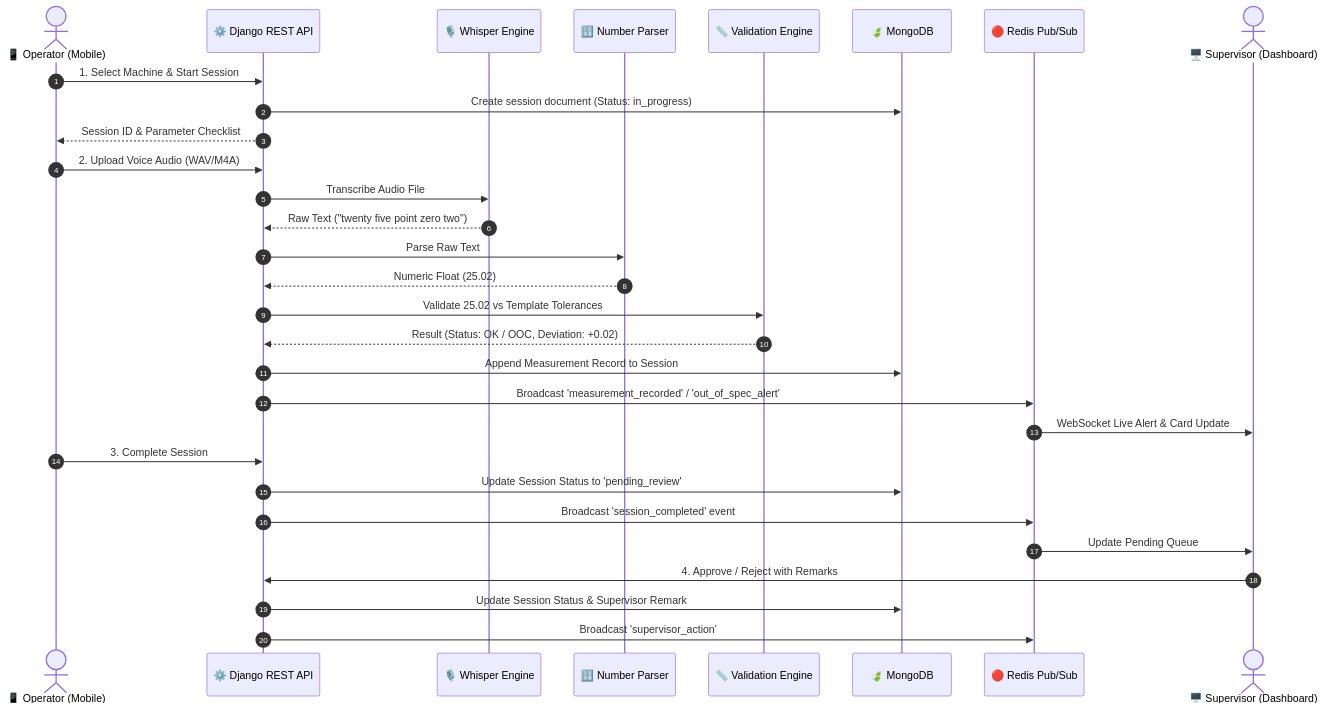
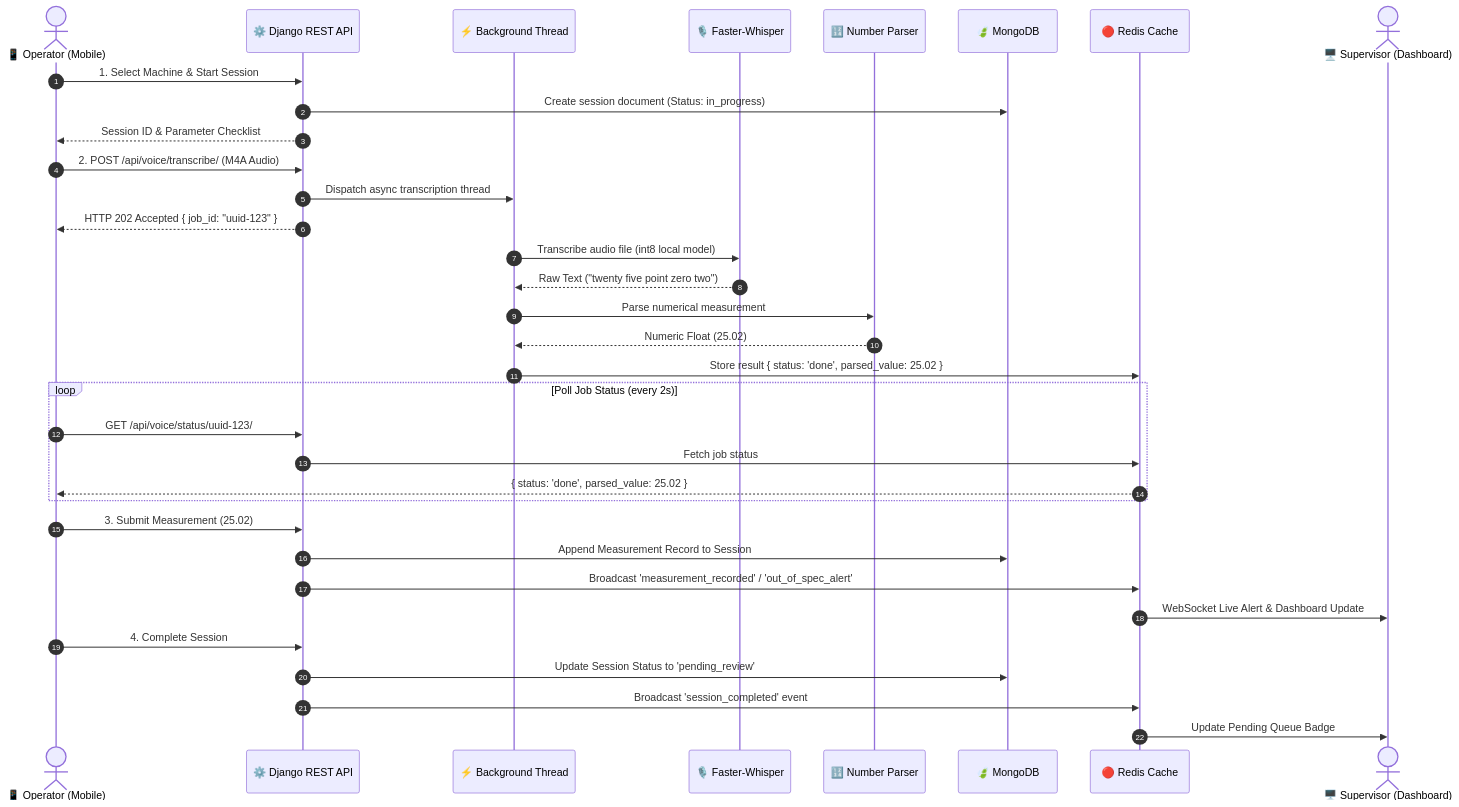
Before and after one commit to Samrudhi1004/Ledger-Entry-Automation: the second of 3 diagrams in README.md, drawn with Mermaid. The commit also changed other lines of this file and 3 other files, not shown here.

````diff
--- a/README.md
+++ b/README.md
@@ -57,38 +82,42 @@
 ```mermaid
 sequenceDiagram
     autonumber
     actor Operator as 📱 Operator (Mobile)
     participant API as ⚙️ Django REST API
-    participant Whisper as 🎙️ Whisper Engine
+    participant Worker as ⚡ Background Thread
+    participant Whisper as 🎙️ Faster-Whisper
     participant Parser as 🔢 Number Parser
-    participant Val as 📏 Validation Engine
     participant Mongo as 🍃 MongoDB
-    participant Redis as 🔴 Redis Pub/Sub
+    participant Redis as 🔴 Redis Cache
     actor Supervisor as 🖥️ Supervisor (Dashboard)
 
     Operator->>API: 1. Select Machine & Start Session
     API->>Mongo: Create session document (Status: in_progress)
     API-->>Operator: Session ID & Parameter Checklist
 
-    Operator->>API: 2. Upload Voice Audio (WAV/M4A)
-    API->>Whisper: Transcribe Audio File
-    Whisper-->>API: Raw Text ("twenty five point zero two")
-    API->>Parser: Parse Raw Text
-    Parser-->>API: Numeric Float (25.02)
+    Operator->>API: 2. POST /api/voice/transcribe/ (M4A Audio)
+    API->>Worker: Dispatch async transcription thread
+    API-->>Operator: HTTP 202 Accepted { job_id: "uuid-123" }
     
-    API->>Val: Validate 25.02 vs Template Tolerances
-    Val-->>API: Result (Status: OK / OOC, Deviation: +0.02)
-    
+    Worker->>Whisper: Transcribe audio file (int8 local model)
+    Whisper-->>Worker: Raw Text ("twenty five point zero two")
+    Worker->>Parser: Parse numerical measurement
+    Parser-->>Worker: Numeric Float (25.02)
+    Worker->>Redis: Store result { status: 'done', parsed_value: 25.02 }
+
+    loop Poll Job Status (every 2s)
+        Operator->>API: GET /api/voice/status/uuid-123/
+        API->>Redis: Fetch job status
+        Redis-->>Operator: { status: 'done', parsed_value: 25.02 }
+    end
+
+    Operator->>API: 3. Submit Measurement (25.02)
     API->>Mongo: Append Measurement Record to Session
     API->>Redis: Broadcast 'measurement_recorded' / 'out_of_spec_alert'
-    Redis->>Supervisor: WebSocket Live Alert & Card Update
+    Redis->>Supervisor: WebSocket Live Alert & Dashboard Update
 
-    Operator->>API: 3. Complete Session
+    Operator->>API: 4. Complete Session
     API->>Mongo: Update Session Status to 'pending_review'
     API->>Redis: Broadcast 'session_completed' event
-    Redis->>Supervisor: Update Pending Queue
-
-    Supervisor->>API: 4. Approve / Reject with Remarks
-    API->>Mongo: Update Session Status & Supervisor Remark
-    API->>Redis: Broadcast 'supervisor_action'
+    Redis->>Supervisor: Update Pending Queue Badge
 ```
````
